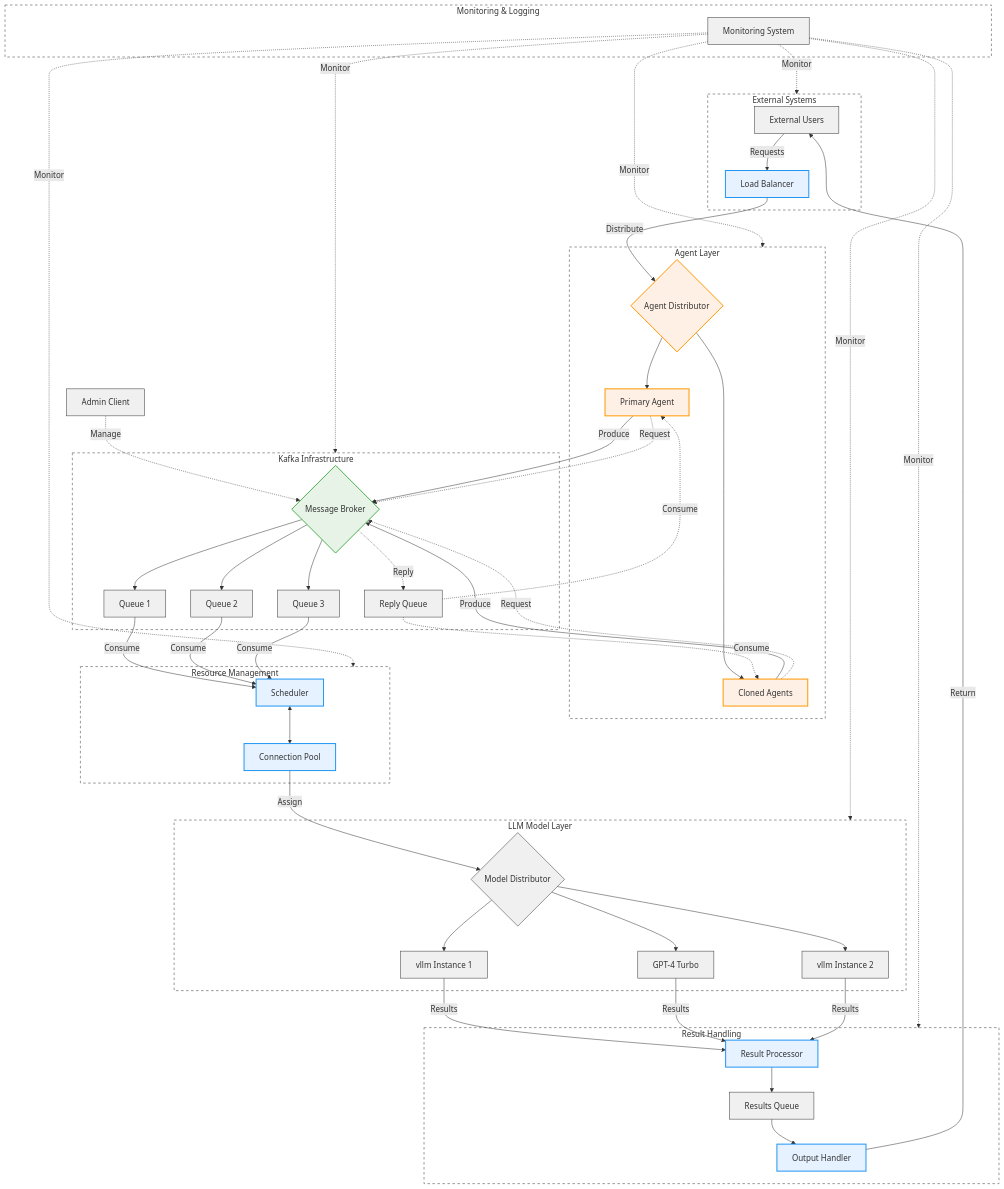
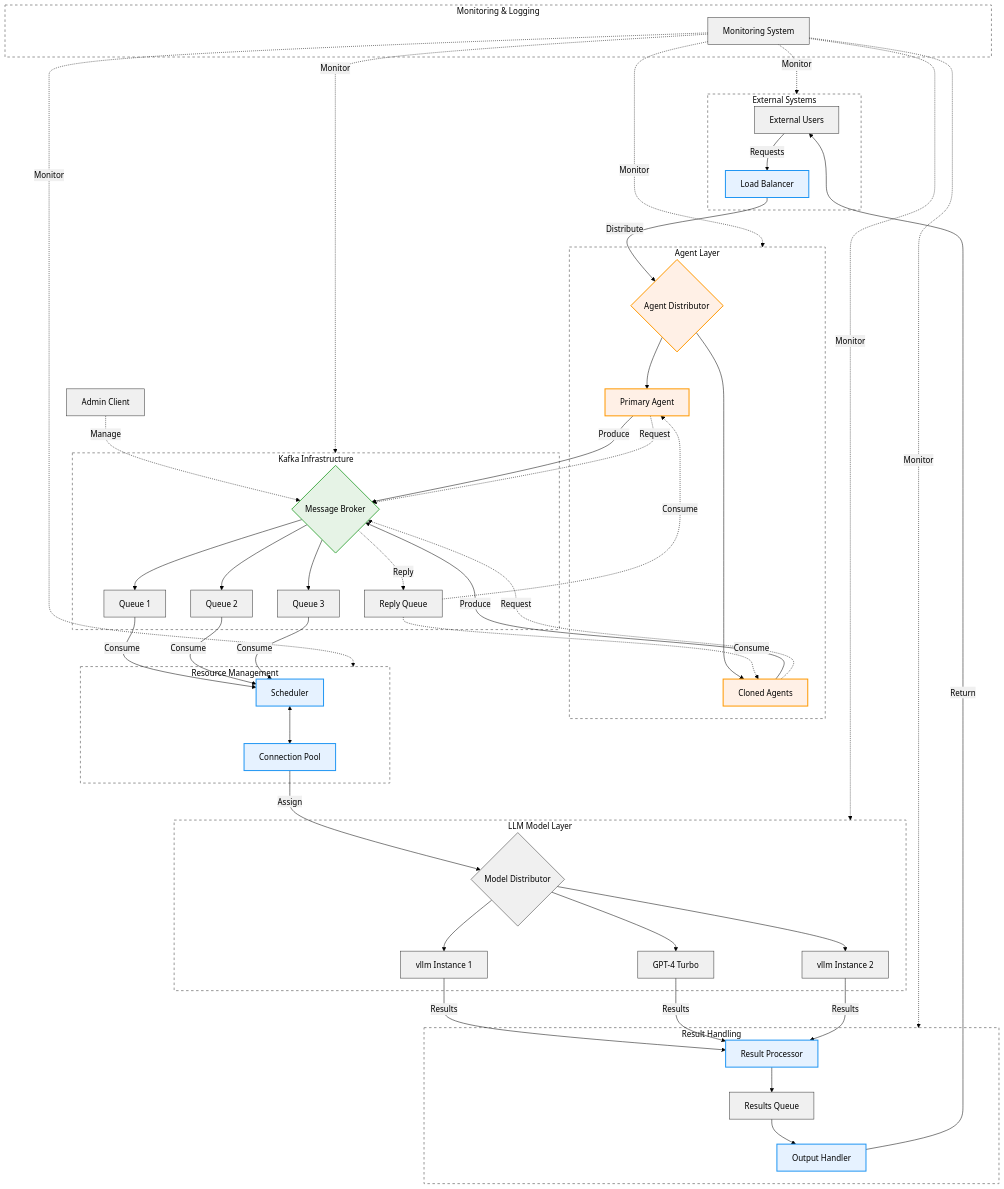
The diagram in README.md (Appointat/AgentSched), drawn with Mermaid before and after one commit.

Commit message:
Refactor Consumer and Producer initialization to accept additional configuration parameters

````diff
--- a/README.md
+++ b/README.md
@@ -18,80 +18,82 @@
 ``` mermaid
+%%{init: {'theme': 'base', 'themeVariables': { 'background': '#ffffff', 'primaryColor': '#f0f0f0', 'primaryTextColor': '#000000' }}}%%
+
 graph TD
-    classDef default fill:#f0f0f0,stroke:#333,stroke-width:1px;
-    classDef kafka fill:#e6f3e6,stroke:#4caf50,stroke-width:2px;
-    classDef component fill:#e6f2ff,stroke:#2196f3,stroke-width:2px;
-    classDef agent fill:#fff0e6,stroke:#ff9800,stroke-width:2px;
+    classDef default fill:#f0f0f0,stroke:#333,stroke-width:1px,color:#000000;
+    classDef kafka fill:#e6f3e6,stroke:#4caf50,stroke-width:2px,color:#000000;
+    classDef component fill:#e6f2ff,stroke:#2196f3,stroke-width:2px,color:#000000;
+    classDef agent fill:#fff0e6,stroke:#ff9800,stroke-width:2px,color:#000000;
     classDef groupbox fill:none,stroke:#999,stroke-width:2px,stroke-dasharray: 5 5;
 
     subgraph ExternalSystems [External Systems]
         ExtUsers[External Users]
         LoadBal[Load Balancer]
     end
 
     subgraph AgentLayer [Agent Layer]
         AgentDist{Agent Distributor}
         PrimaryAgent[Primary Agent]
         ClonedAgents[Cloned Agents]
     end
 
     subgraph KafkaInfra [Kafka Infrastructure]
         MsgBroker{Message Broker}
         Queue1[Queue 1]
         Queue2[Queue 2]
         Queue3[Queue 3]
         ReplyQueue[Reply Queue]
     end
 
     subgraph ResourceMgmt [Resource Management]
         Scheduler[Scheduler]
         ConnPool[Connection Pool]
     end
 
     subgraph LLMLayer [LLM Model Layer]
         ModelDist{Model Distributor}
         VLLM1[vllm Instance 1]
         GPT4T[GPT-4 Turbo]
         VLLM2[vllm Instance 2]
     end
 
     subgraph ResultHandling [Result Handling]
         ResultProc[Result Processor]
         ResultsQueue[Results Queue]
         OutputHandler[Output Handler]
     end
 
     %% Main flow
     ExtUsers -->|Requests| LoadBal
     LoadBal -->|Distribute| AgentDist
     AgentDist --> PrimaryAgent & ClonedAgents
     PrimaryAgent & ClonedAgents -->|Produce| MsgBroker
     MsgBroker --> Queue1 & Queue2 & Queue3
     Queue1 & Queue2 & Queue3 -->|Consume| Scheduler
     Scheduler <--> ConnPool
     ConnPool -->|Assign| ModelDist
     ModelDist --> VLLM1 & GPT4T & VLLM2
     VLLM1 & GPT4T & VLLM2 -->|Results| ResultProc
     ResultProc --> ResultsQueue
     ResultsQueue --> OutputHandler
     OutputHandler -->|Return| ExtUsers
 
     %% Kafka Request-Reply
     PrimaryAgent & ClonedAgents -.->|Request| MsgBroker
     MsgBroker -.->|Reply| ReplyQueue
     ReplyQueue -.->|Consume| PrimaryAgent & ClonedAgents
 
     %% Admin and Monitoring
     AdminClient[Admin Client] -.->|Manage| MsgBroker
 
     subgraph Monitoring [Monitoring & Logging]
         MonitorSys[Monitoring System]
     end
+
     MonitorSys -.->|Monitor| ExternalSystems & AgentLayer & KafkaInfra & ResourceMgmt & LLMLayer & ResultHandling
 
     %% Styling
     class MsgBroker kafka;
     class LoadBal,Scheduler,ConnPool,ResultProc,OutputHandler component;
     class AgentDist,PrimaryAgent,ClonedAgents agent;
     class ExternalSystems,AgentLayer,KafkaInfra,ResourceMgmt,LLMLayer,ResultHandling,Monitoring groupbox;
-
 ```
````
